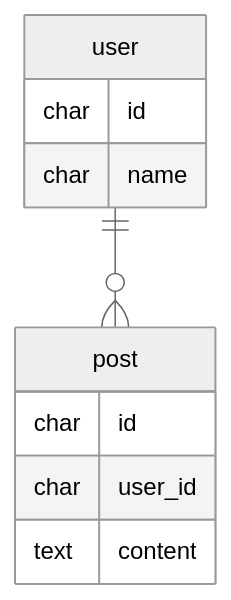
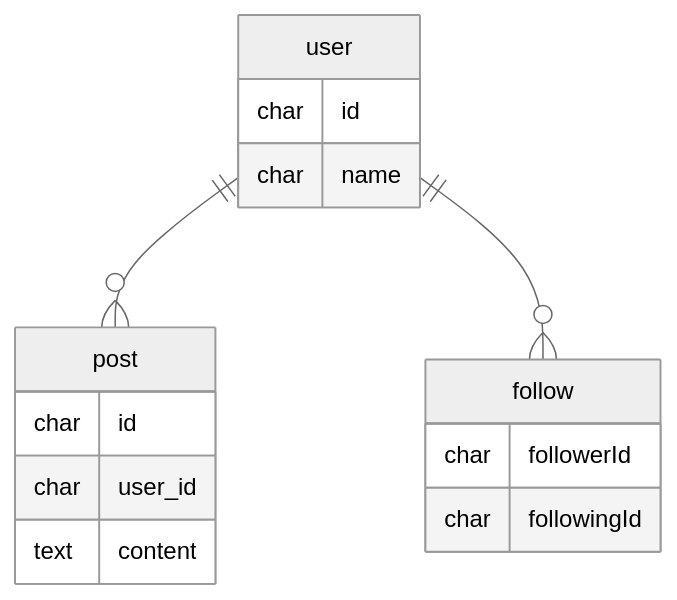
Before and after one commit to SakaiTaka23/kagami: the first of 2 diagrams in README.md, drawn with Mermaid (neutral theme).

Commit message:
readme更新

````diff
--- a/README.md
+++ b/README.md
@@ -10,15 +10,22 @@
 ```mermaid
 erDiagram
 user ||--o{post : "" 
+user ||--o{follow: ""
 
 user {
  char id
  char name
 }
 
 post {
  char id
  char user_id
  text content
 }
+
+
+follow {
+    char followerId
+    char followingId
+}
 ```
````
